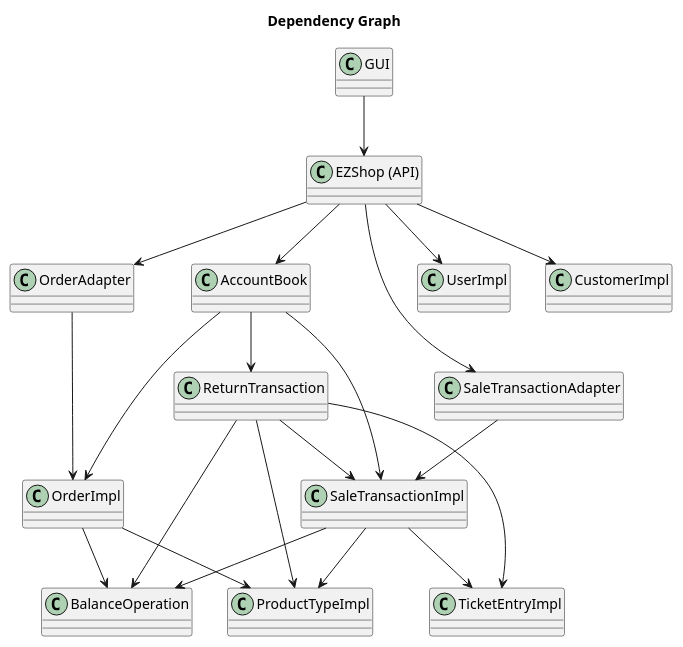
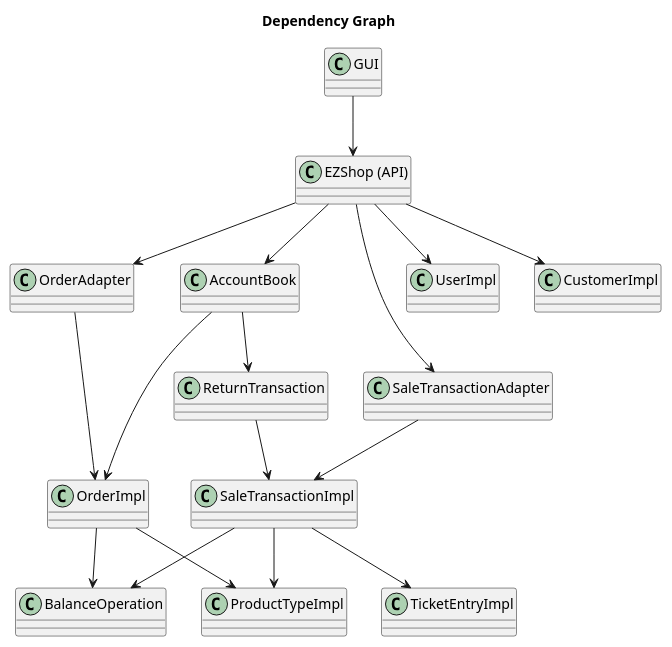
One commit to andreadimax/EZShop changed the diagram in Deliverables/IntegrationAPITestReport.md. Above: the diagram before and after it, drawn with PlantUML. The commit also changed other lines of this file, not shown here.

Commit message:
removed redundant links from dependency graph

````diff
--- a/Deliverables/IntegrationAPITestReport.md
+++ b/Deliverables/IntegrationAPITestReport.md
@@ -12,50 +37,44 @@
- ```plantuml
 @startuml
 
 title Dependency Graph
 
 class GUI
 class "EZShop (API)" as api
 class "OrderAdapter" as ordad
 class "OrderImpl" as ordimpl
 class "AccountBook" as accbook
 class "SaleTransactionAdapter" as stadapt
 class "SaleTransactionImpl" as stimpl
 class "ReturnTransaction" as rettrans
 class "ProductTypeImpl" as ptimpl
 class "BalanceOperation" as balop
 class "TicketEntryImpl" as teimpl
 class "UserImpl" as user
 class "CustomerImpl" as customer
 
 GUI --> api
 
 api --> ordad
 api --> accbook
 api --> stadapt
 api --> user
 api --> customer
 
 ordad --> ordimpl
 
 accbook --> ordimpl
 accbook --> rettrans
-accbook --> stimpl
 
 stadapt --> stimpl
 
 ordimpl --> ptimpl
 ordimpl --> balop
 
 rettrans --> stimpl
-rettrans --> ptimpl
-rettrans --> balop
-rettrans --> teimpl
 
 stimpl --> ptimpl
 stimpl --> balop
 stimpl --> teimpl
 
 
 @enduml
-```
````
